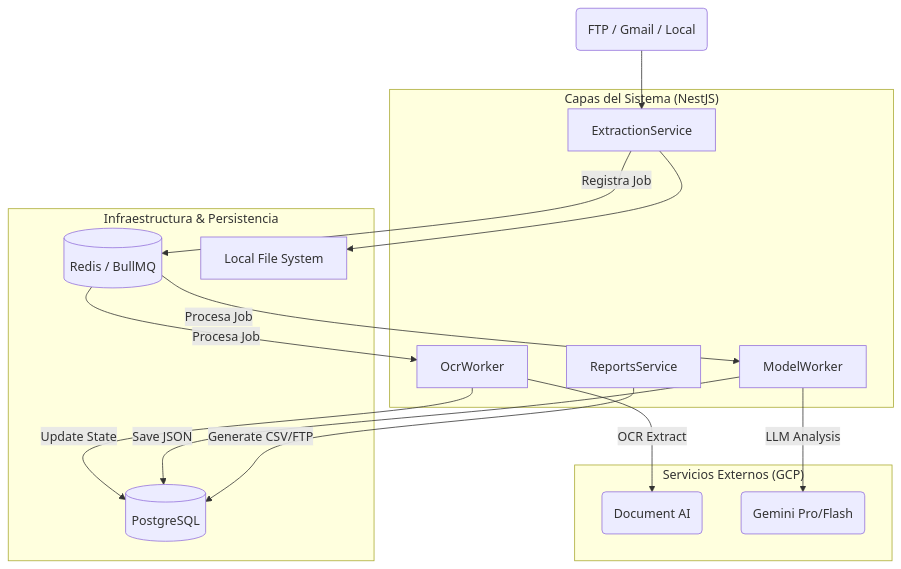
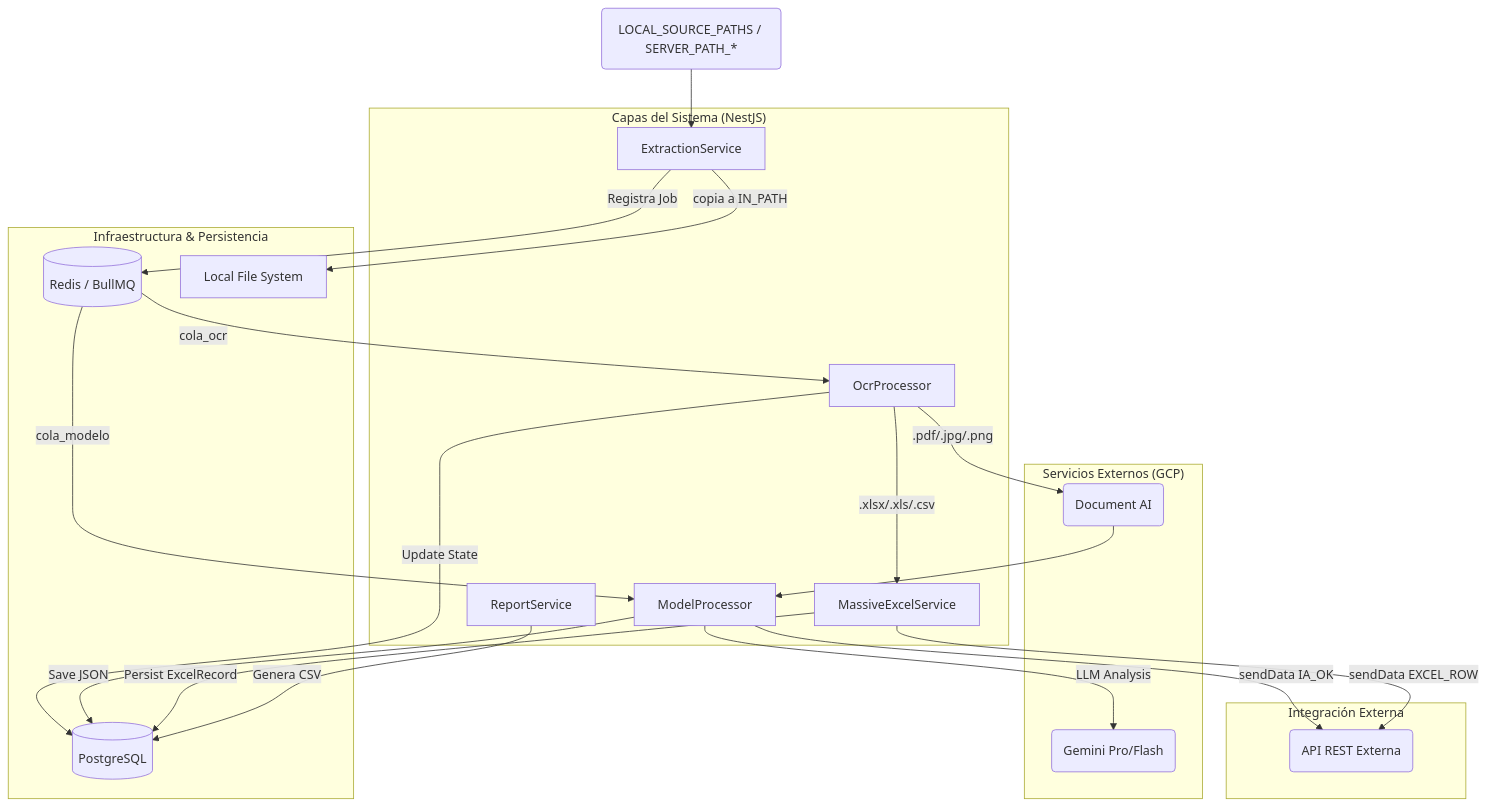
One commit to kevinvillalba1011/JT-REPO changed the first of 3 diagrams in AGENTS.md. Above: the diagram before and after it, drawn with Mermaid. The commit also changed other lines of this file and 39 other files, not shown here.

````diff
--- a/AGENTS.md
+++ b/AGENTS.md
@@ -37,32 +36,42 @@
 ```mermaid
 graph TB
     subgraph "Capas del Sistema (NestJS)"
         ES[ExtractionService]
-        OW[OcrWorker]
-        MW[ModelWorker]
-        RS[ReportsService]
+        OW[OcrProcessor]
+        MW[ModelProcessor]
+        ME[MassiveExcelService]
+        RS[ReportService]
     end
 
     subgraph "Infraestructura & Persistencia"
         DB[(PostgreSQL)]
         RD[(Redis / BullMQ)]
         FS[Local File System]
     end
 
     subgraph "Servicios Externos (GCP)"
         DocAI(Document AI)
         Gemini(Gemini Pro/Flash)
     end
 
+    subgraph "Integración Externa"
+        EXT(API REST Externa)
+    end
+
     %% Flujos
-    Source(FTP / Gmail / Local) --> ES
-    ES --> FS
+    Source(LOCAL_SOURCE_PATHS / SERVER_PATH_*) --> ES
+    ES -- copia a IN_PATH --> FS
     ES -- Registra Job --> RD
-    RD -- Procesa Job --> OW
-    RD -- Procesa Job --> MW
-    OW -- OCR Extract --> DocAI
+    RD -- cola_ocr --> OW
+    OW -- .xlsx/.xls/.csv --> ME
+    OW -- .pdf/.jpg/.png --> DocAI
+    DocAI --> MW
+    RD -- cola_modelo --> MW
     MW -- LLM Analysis --> Gemini
     OW -- Update State --> DB
     MW -- Save JSON --> DB
-    RS -- Generate CSV/FTP --> DB
+    ME -- Persist ExcelRecord --> DB
+    MW -- sendData IA_OK --> EXT
+    ME -- sendData EXCEL_ROW --> EXT
+    RS -- Genera CSV --> DB
 ```
````
